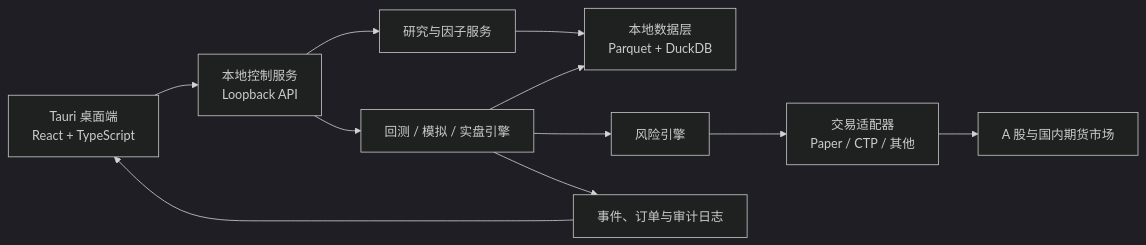
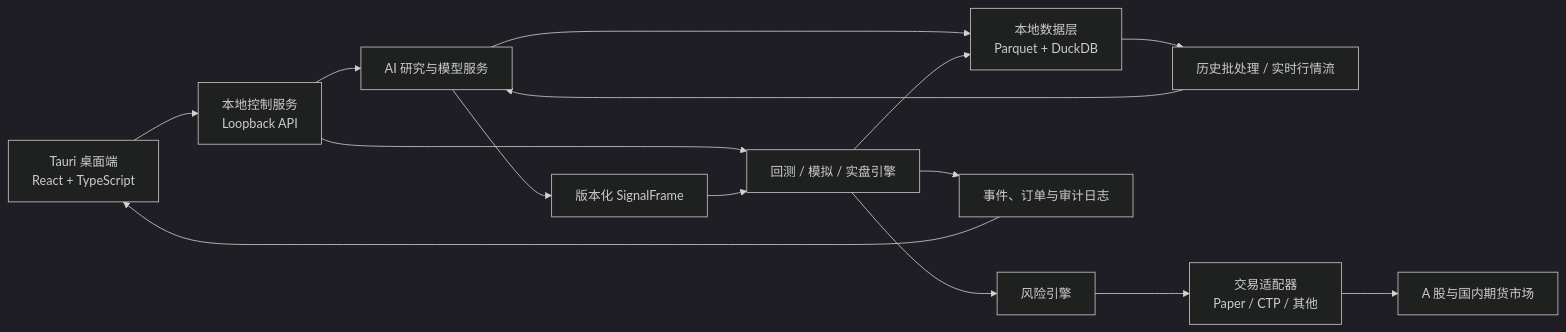
Before and after one commit to Xiaogans1/AstraQuant: the diagram in README.md, drawn with Mermaid (dark theme). The commit also changed other lines of this file and 4 other files, not shown here.

````diff
--- a/README.md
+++ b/README.md
@@ -32,13 +35,17 @@
 ```mermaid
 flowchart LR
     UI["Tauri 桌面端<br/>React + TypeScript"] --> API["本地控制服务<br/>Loopback API"]
-    API --> Research["研究与因子服务"]
+    API --> Research["AI 研究与模型服务"]
     API --> Engine["回测 / 模拟 / 实盘引擎"]
     Research --> Data["本地数据层<br/>Parquet + DuckDB"]
+    Data --> Stream["历史批处理 / 实时行情流"]
+    Stream --> Research
+    Research --> Signal["版本化 SignalFrame"]
+    Signal --> Engine
     Engine --> Data
     Engine --> Risk["风险引擎"]
     Risk --> Gateway["交易适配器<br/>Paper / CTP / 其他"]
     Gateway --> Market["A 股与国内期货市场"]
     Engine --> Audit["事件、订单与审计日志"]
     Audit --> UI
 ```
````
